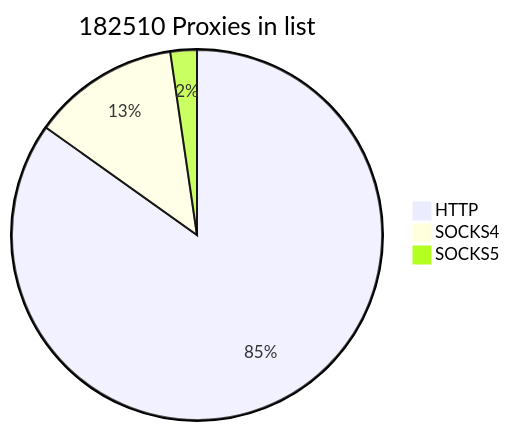
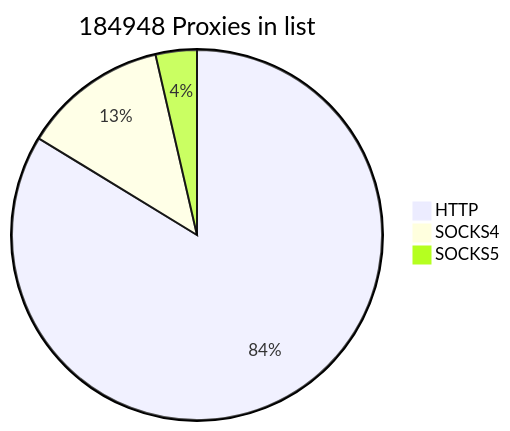
Before and after one commit to cutipu/proxylist: the first of 2 diagrams in README.md, drawn with Mermaid. The commit also changed other lines of this file, not shown here.

````diff
--- a/README.md
+++ b/README.md
@@ -2,7 +2,7 @@
 ```mermaid
-pie title 182510 Proxies in list
+pie title 184948 Proxies in list
     "HTTP" : 154854
     "SOCKS4" : 23437
-    "SOCKS5" : 4219
+    "SOCKS5" : 6657
             
 ```
````
